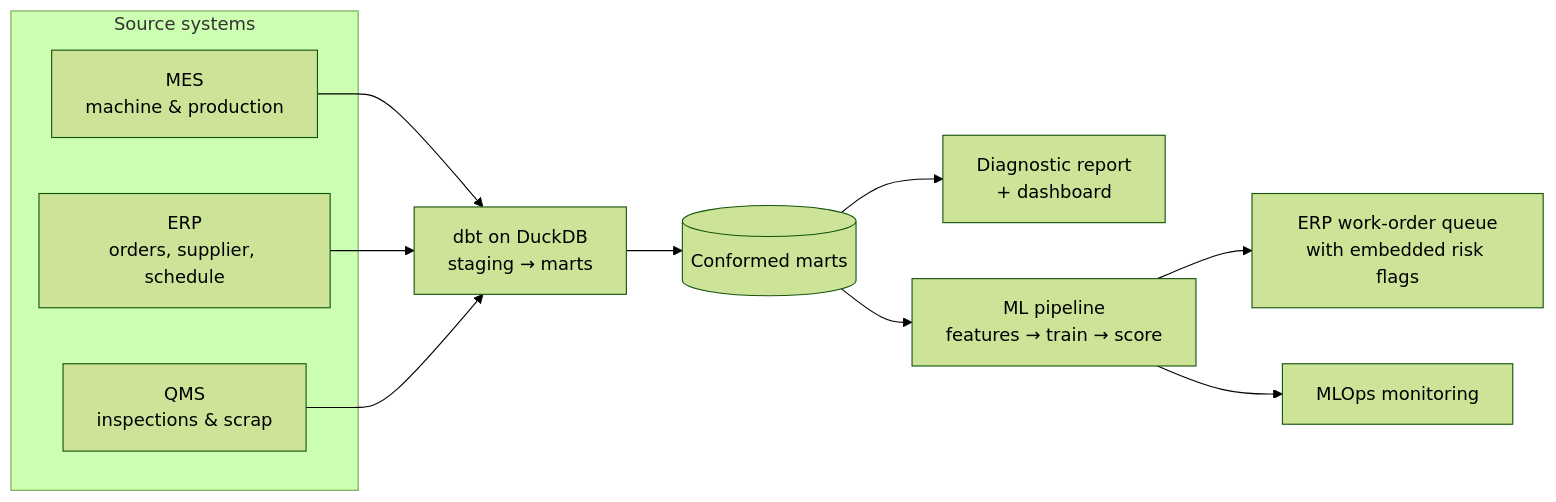
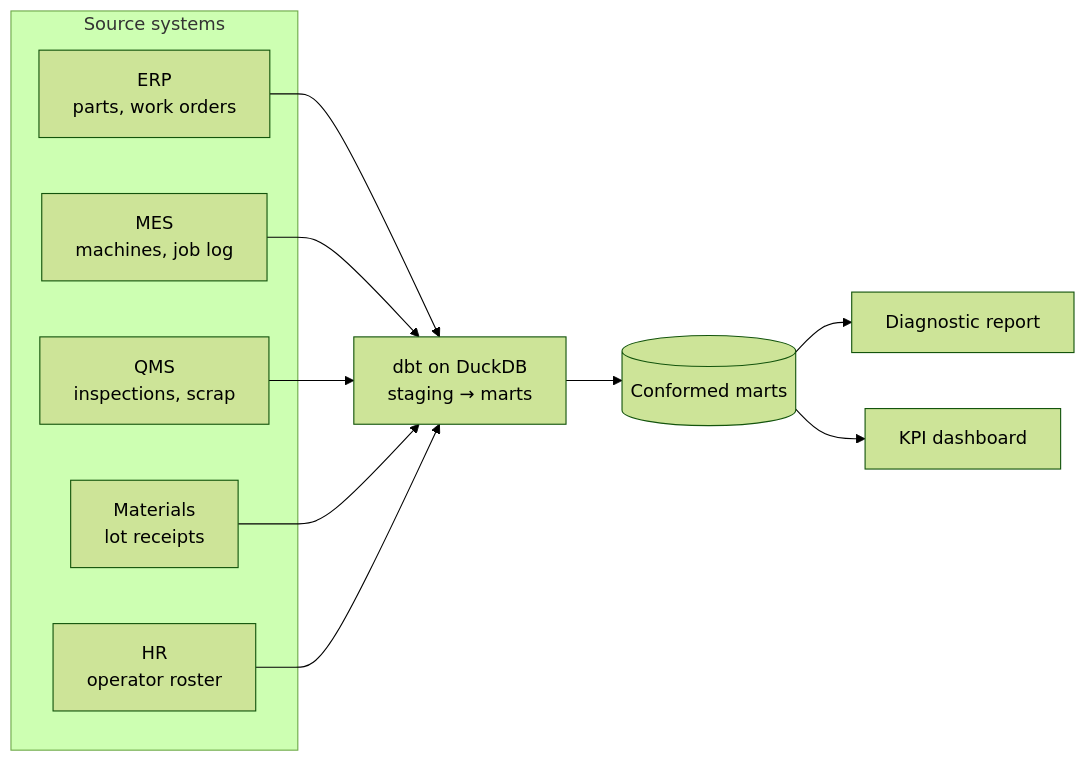
Before and after one commit to brimsystems/mfg-data-engineering: the diagram in defects_scrap/README.md, drawn with Mermaid (forest theme). The commit also changed other lines of this file and 109 other files, not shown here.

Commit message:
defects_scrap: ML removed; README, deliverables index, monthly flow and dashboard screenshot

````diff
--- a/defects_scrap/README.md
+++ b/defects_scrap/README.md
@@ -68,16 +71,18 @@
 ```mermaid
 flowchart LR
   subgraph SRC["Source systems"]
-    MES["MES<br/>machine &amp; production"]
-    ERP["ERP<br/>orders, supplier, schedule"]
-    QMS["QMS<br/>inspections &amp; scrap"]
+    ERP["ERP<br/>parts, work orders"]
+    MES["MES<br/>machines, job log"]
+    QMS["QMS<br/>inspections, scrap"]
+    MAT["Materials<br/>lot receipts"]
+    HR["HR<br/>operator roster"]
   end
+  ERP --> DBT
   MES --> DBT
-  ERP --> DBT
   QMS --> DBT
+  MAT --> DBT
+  HR --> DBT
   DBT["dbt on DuckDB<br/>staging &rarr; marts"] --> MARTS[("Conformed marts")]
-  MARTS --> AN["Diagnostic report<br/>+ dashboard"]
-  MARTS --> ML["ML pipeline<br/>features &rarr; train &rarr; score"]
-  ML --> QUEUE["ERP work-order queue<br/>with embedded risk flags"]
-  ML --> MON["MLOps monitoring"]
+  MARTS --> REP["Diagnostic report"]
+  MARTS --> DASH["KPI dashboard"]
 ```
````
